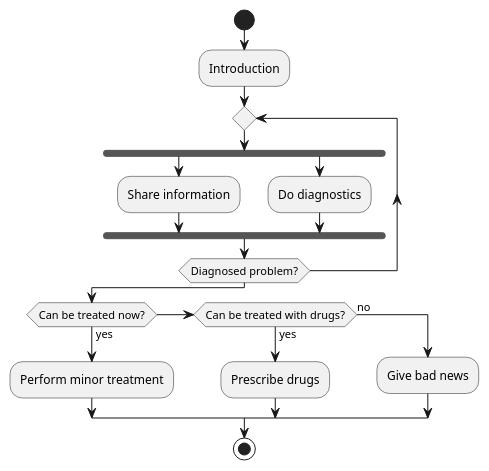
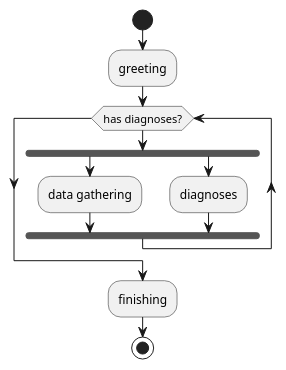
Before and after one commit to jappeace/methods-homework: the first of 10 diagrams in thesis/thesis.org, drawn with PlantUML. The commit also changed other lines of this file, not shown here.

```diff
--- a/thesis/thesis.org
+++ b/thesis/thesis.org
@@ -885,20 +890,13 @@
 #+BEGIN_SRC plantuml :cache yes :file img/uml/sp-activity.png :exports results
-|WebSocket|
 start
-:Introduction;
-repeat
+:greeting;
+while (has diagnoses?)
 fork
-:Share information;
-fork again
-:Do diagnostics;
-endfork
-repeat while (Diagnosed problem?)
-if (Can be treated now?) then (yes)
-  :Perform minor treatment;
-else if (Can be treated with drugs?) then (yes)
-  :Prescribe drugs;
-else (no)
-  :Give bad news;
-endif
+:data gathering;
+fork again;
+:diagnoses;
+end fork
+endwhile
+:finishing;
 stop
 #+END_SRC
```
